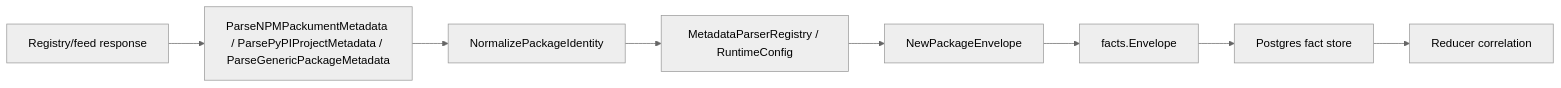
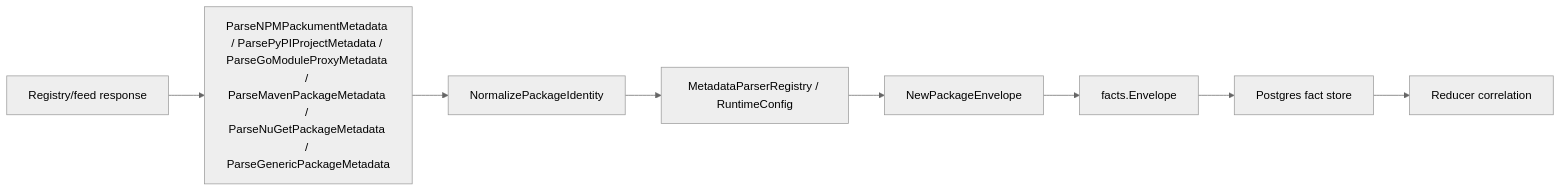
Before and after one commit to eshu-hq/eshu: the diagram in go/internal/collector/packageregistry/README.md, drawn with Mermaid (neutral theme). The commit also changed other lines of this file and 37 other files, not shown here.

````diff
--- a/go/internal/collector/packageregistry/README.md
+++ b/go/internal/collector/packageregistry/README.md
@@ -26,10 +26,10 @@
 ```mermaid
 flowchart LR
-  A["Registry/feed response"] --> B["ParseNPMPackumentMetadata / ParsePyPIProjectMetadata / ParseGenericPackageMetadata"]
+  A["Registry/feed response"] --> B["ParseNPMPackumentMetadata / ParsePyPIProjectMetadata / ParseGoModuleProxyMetadata / ParseMavenPackageMetadata / ParseNuGetPackageMetadata / ParseGenericPackageMetadata"]
   B --> C["NormalizePackageIdentity"]
   C --> D["MetadataParserRegistry / RuntimeConfig"]
   D --> E["NewPackageEnvelope"]
   E --> F["facts.Envelope"]
   F --> G["Postgres fact store"]
   G --> H["Reducer correlation"]
 ```
````
